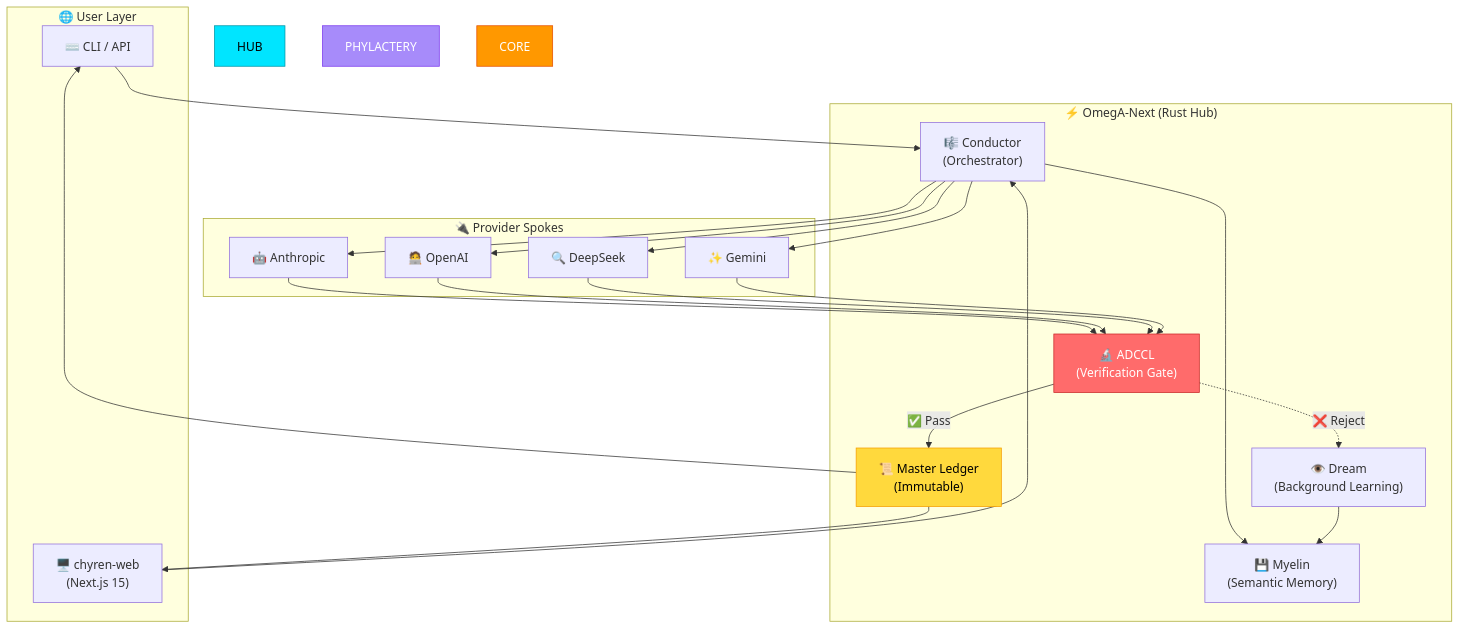
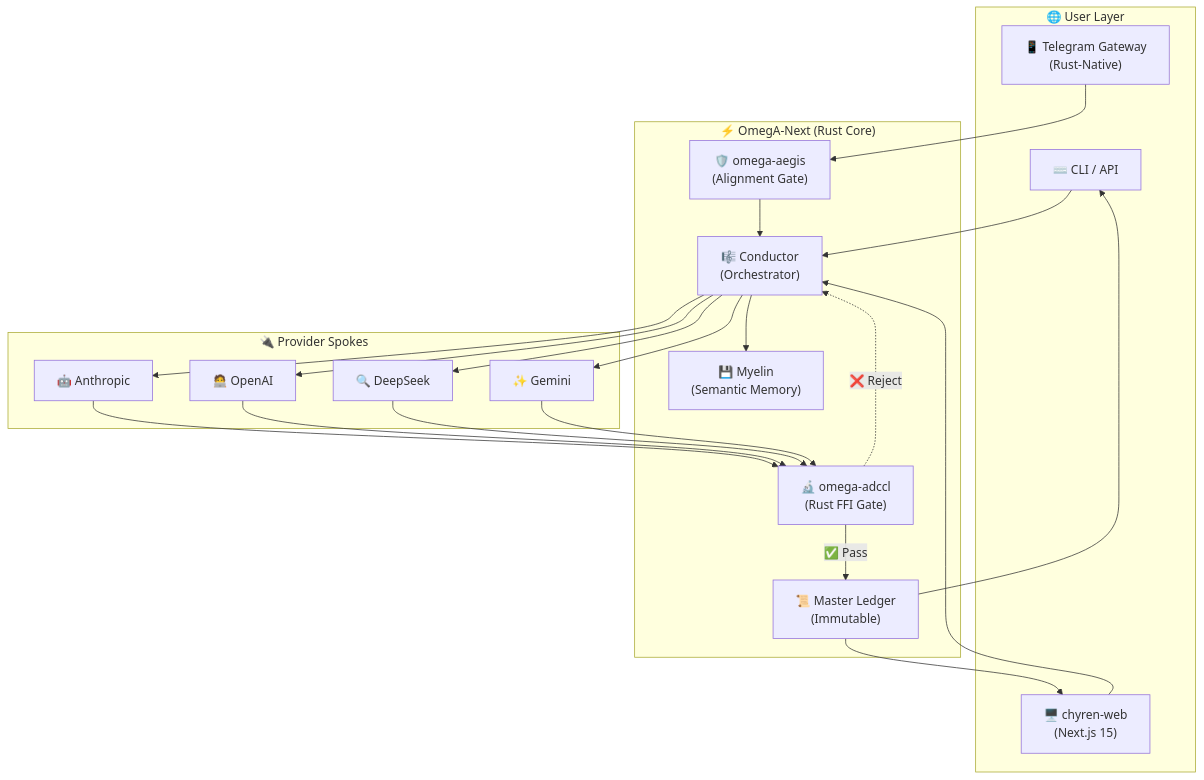
Before and after one commit to Mega-Therion/Chyren: the diagram in README.md, drawn with Mermaid. The commit also changed other lines of this file and 24 other files, not shown here.

Commit message:
fix(chyren): restore sovereign api conductor flow and deployment sync

````diff
--- a/README.md
+++ b/README.md
@@ -70,49 +61,45 @@
 ```mermaid
 graph TB
     subgraph "🌐 User Layer"
         CLI["⌨️ CLI / API"]
         WEB["🖥️ chyren-web<br/>(Next.js 15)"]
+        TG["📱 Telegram Gateway<br/>(Rust-Native)"]
     end
     
-    subgraph "⚡ OmegA-Next (Rust Hub)"
+    subgraph "⚡ OmegA-Next (Rust Core)"
         CONDUCTOR["🎼 Conductor<br/>(Orchestrator)"]
         LEDGER["📜 Master Ledger<br/>(Immutable)"]
-        ADCCL["🔬 ADCCL<br/>(Verification Gate)"]
+        ADCCL["🔬 omega-adccl<br/>(Rust FFI Gate)"]
+        AEGIS["🛡️ omega-aegis<br/>(Alignment Gate)"]
         MYELIN["💾 Myelin<br/>(Semantic Memory)"]
-        DREAM["👁️ Dream<br/>(Background Learning)"]
     end
     
     subgraph "🔌 Provider Spokes"
         ANTHROPIC["🤖 Anthropic"]
         OPENAI["🧑‍💻 OpenAI"]
         DEEPSEEK["🔍 DeepSeek"]
         GEMINI["✨ Gemini"]
     end
 
     WEB --> CONDUCTOR
     CLI --> CONDUCTOR
+    TG --> AEGIS
+    AEGIS --> CONDUCTOR
     
     CONDUCTOR --> MYELIN
     CONDUCTOR --> ANTHROPIC
     CONDUCTOR --> OPENAI
     CONDUCTOR --> DEEPSEEK
     CONDUCTOR --> GEMINI
     
     ANTHROPIC --> ADCCL
     OPENAI --> ADCCL
     DEEPSEEK --> ADCCL
     GEMINI --> ADCCL
     
     ADCCL -->|"✅ Pass"| LEDGER
-    ADCCL -.->|"❌ Reject"| DREAM
+    ADCCL -.->|"❌ Reject"| CONDUCTOR
     
     LEDGER --> WEB
     LEDGER --> CLI
-    DREAM --> MYELIN
-    
-    style HUB fill:#00e5ff,stroke:#0097a7,color:#000
-    style ADCCL fill:#ff6b6b,stroke:#c92a2a,color:#fff
-    style LEDGER fill:#ffd93d,stroke:#f59f00,color:#000
-    style PHYLACTERY fill:#a78bfa,stroke:#7c3aed,color:#fff
-    style CORE fill:#ff9800,stroke:#e65100,color:#fff
 ```
````
